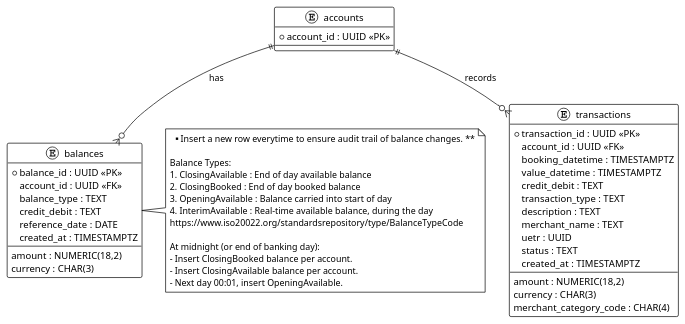
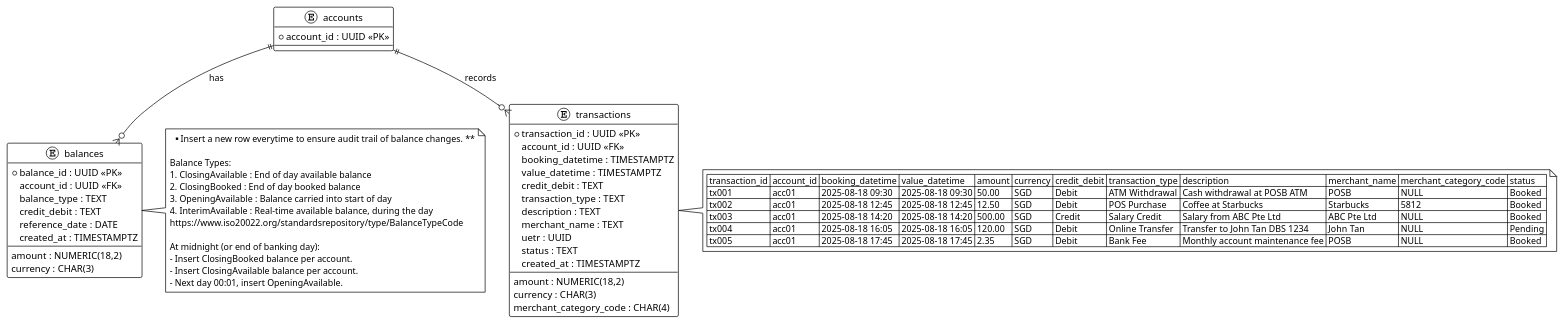
Before and after one commit to nictjh/Bank-DatabaseSchema-Design: the diagram in BankDatabase_BalAndTrans.puml, drawn with PlantUML. The commit also changed 1 other file, not shown here.

```diff
--- a/BankDatabase_BalAndTrans.puml
+++ b/BankDatabase_BalAndTrans.puml
@@ -1,56 +1,65 @@
 @startuml BankDatabase_BalAndTrans
 !theme plain
 skinparam entityStyle rectangle
 
 entity "accounts" as accounts {
   *account_id : UUID <<PK>>
 }
 
 entity "balances" as balances {
   *balance_id : UUID <<PK>>
   account_id : UUID <<FK>>
   balance_type : TEXT
   amount : NUMERIC(18,2)
   currency : CHAR(3)
   credit_debit : TEXT
   reference_date : DATE
   created_at : TIMESTAMPTZ
 }
 
 note right of balances
 ** Insert a new row everytime to ensure audit trail of balance changes. **
 
 Balance Types:
 1. ClosingAvailable : End of day available balance
 2. ClosingBooked : End of day booked balance
 3. OpeningAvailable : Balance carried into start of day
 4. InterimAvailable : Real-time available balance, during the day
 https://www.iso20022.org/standardsrepository/type/BalanceTypeCode
 
 At midnight (or end of banking day):
 - Insert ClosingBooked balance per account.
 - Insert ClosingAvailable balance per account.
 - Next day 00:01, insert OpeningAvailable.
 end note
 
 entity "transactions" as transactions {
   *transaction_id : UUID <<PK>>
   account_id : UUID <<FK>>
   booking_datetime : TIMESTAMPTZ
   value_datetime : TIMESTAMPTZ
   amount : NUMERIC(18,2)
   currency : CHAR(3)
   credit_debit : TEXT
   transaction_type : TEXT
   description : TEXT
   merchant_name : TEXT
   merchant_category_code : CHAR(4)
   uetr : UUID
   status : TEXT
   created_at : TIMESTAMPTZ
 }
 
+note right of transactions
+| transaction_id | account_id | booking_datetime | value_datetime | amount | currency | credit_debit | transaction_type | description | merchant_name | merchant_category_code | status |
+| tx001 | acc01 | 2025-08-18 09:30 | 2025-08-18 09:30 | 50.00 | SGD | Debit | ATM Withdrawal | Cash withdrawal at POSB ATM | POSB | NULL | Booked |
+| tx002 | acc01 | 2025-08-18 12:45 | 2025-08-18 12:45 | 12.50 | SGD | Debit | POS Purchase | Coffee at Starbucks | Starbucks | 5812 | Booked |
+| tx003 | acc01 | 2025-08-18 14:20 | 2025-08-18 14:20 | 500.00 | SGD | Credit | Salary Credit | Salary from ABC Pte Ltd | ABC Pte Ltd | NULL | Booked |
+| tx004 | acc01 | 2025-08-18 16:05 | 2025-08-18 16:05 | 120.00 | SGD | Debit | Online Transfer | Transfer to John Tan DBS 1234 | John Tan | NULL | Pending |
+| tx005 | acc01 | 2025-08-18 17:45 | 2025-08-18 17:45 | 2.35 | SGD | Debit | Bank Fee | Monthly account maintenance fee | POSB | NULL | Booked |
+end note
+
 accounts ||--o{ balances : "has"
 accounts ||--o{ transactions : "records"
 
 @enduml
```
